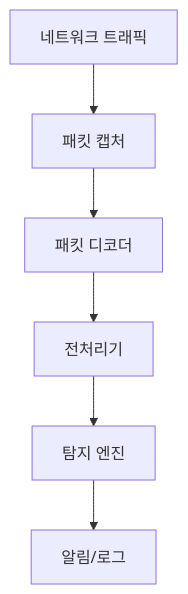
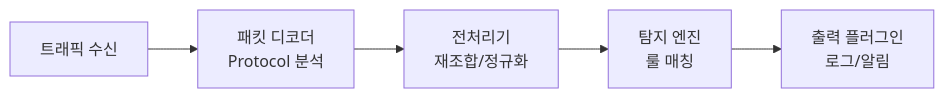
The diagram in _posts/security-solutions/2025-08-29-Snort_study.md (HamaPr/HamaPr.github.io), drawn with Mermaid before and after one commit. The commit also changed other lines of this file and 94 other files, not shown here.

````diff
--- a/_posts/security-solutions/2025-08-29-Snort_study.md
+++ b/_posts/security-solutions/2025-08-29-Snort_study.md
@@ -30,8 +26,7 @@
 ```mermaid
-flowchart TB
-    Traffic["네트워크 트래픽"] --> Sniffer["패킷 캡처"]
-    Sniffer --> Decoder["패킷 디코더"]
-    Decoder --> Preprocessor["전처리기"]
-    Preprocessor --> Engine["탐지 엔진"]
-    Engine --> Output["알림/로그"]
+flowchart LR
+    Packet[트래픽 수신] --> Decoder[패킷 디코더<br>Protocol 분석]
+    Decoder --> Preproc[전처리기<br>재조합/정규화]
+    Preproc --> Engine[탐지 엔진<br>룰 매칭]
+    Engine --> Output[출력 플러그인<br>로그/알림]
 ```
````
